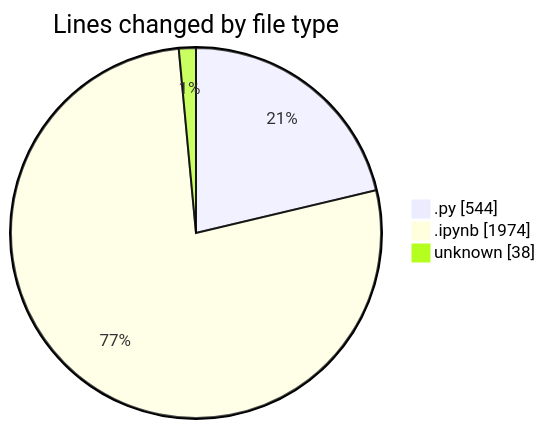
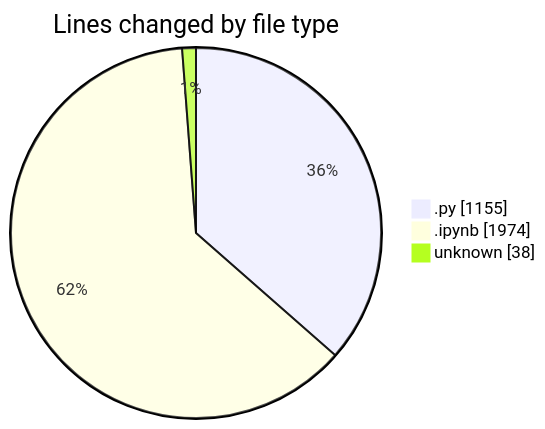
Before and after one commit to MatusMokan/code-tracking: the first of 2 diagrams in 2025-03-21/myws__workspace_/README.md, drawn with Mermaid. The commit also changed other lines of this file and 1 other file, not shown here.

````diff
--- a/2025-03-21/myws__workspace_/README.md
+++ b/2025-03-21/myws__workspace_/README.md
@@ -22,7 +23,7 @@
 ```mermaid
 pie showData
 title Lines changed by file type
-".py" : 544
+".py" : 1155
 ".ipynb" : 1974
 "unknown" : 38
 ```
````
